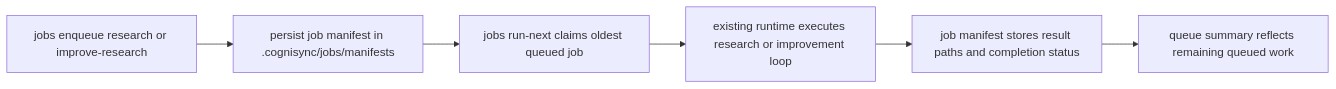
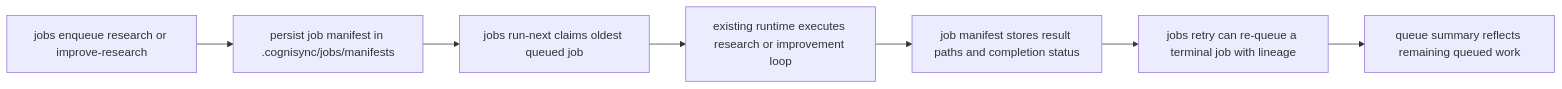
Before and after one commit to shrijacked/Cognisync: the second of 2 diagrams in docs/operator-workflows.md, drawn with Mermaid. The commit also changed other lines of this file and 2 other files, not shown here.

Commit message:
docs: cover job retry and sync audit flows

````diff
--- a/docs/operator-workflows.md
+++ b/docs/operator-workflows.md
@@ -242,8 +244,9 @@
 ```mermaid
 flowchart LR
     A["jobs enqueue research or improve-research"] --> B["persist job manifest in .cognisync/jobs/manifests"]
     B --> C["jobs run-next claims oldest queued job"]
     C --> D["existing runtime executes research or improvement loop"]
     D --> E["job manifest stores result paths and completion status"]
-    E --> F["queue summary reflects remaining queued work"]
+    E --> F["jobs retry can re-queue a terminal job with lineage"]
+    F --> G["queue summary reflects remaining queued work"]
 ```
````
